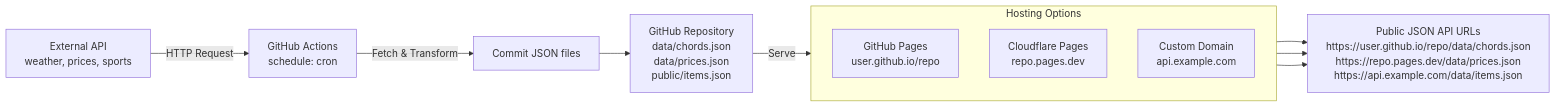
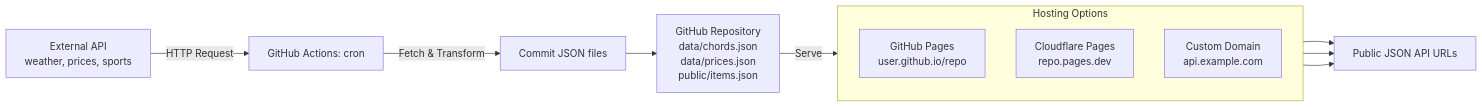
Before and after one commit to chirag127/apisnap: the second of 5 diagrams in README.md, drawn with Mermaid. The commit also changed other lines of this file and 2 other files, not shown here.

Commit message:
feat: implement CLI and GitHub repository scanner for API test generation

````diff
--- a/README.md
+++ b/README.md
@@ -120,21 +119,21 @@
 ```mermaid
 flowchart LR
-    External[External API<br/>weather, prices, sports] -->|HTTP Request| Workflow[GitHub Actions<br/>schedule: cron]
+    External[External API<br/>weather, prices, sports] -->|HTTP Request| Workflow[GitHub Actions: cron]
 
     Workflow -->|Fetch & Transform| Commit[Commit JSON files]
 
     Commit --> Repo[GitHub Repository<br/>data/chords.json<br/>data/prices.json<br/>public/items.json]
 
     Repo -->|Serve| Pages[Public JSON APIs]
 
-    subgraph Pages["Hosting Options"]
+    subgraph Pages[Hosting Options]
         direction TB
         GH[GitHub Pages<br/>user.github.io/repo]
         CF[Cloudflare Pages<br/>repo.pages.dev]
         Custom[Custom Domain<br/>api.example.com]
     end
 
-    GH --> URLs[Public JSON API URLs<br/>https://user.github.io/repo/data/chords.json<br/>https://repo.pages.dev/data/prices.json<br/>https://api.example.com/data/items.json]
+    GH --> URLs[Public JSON API URLs]
     CF --> URLs
     Custom --> URLs
 ```
````
